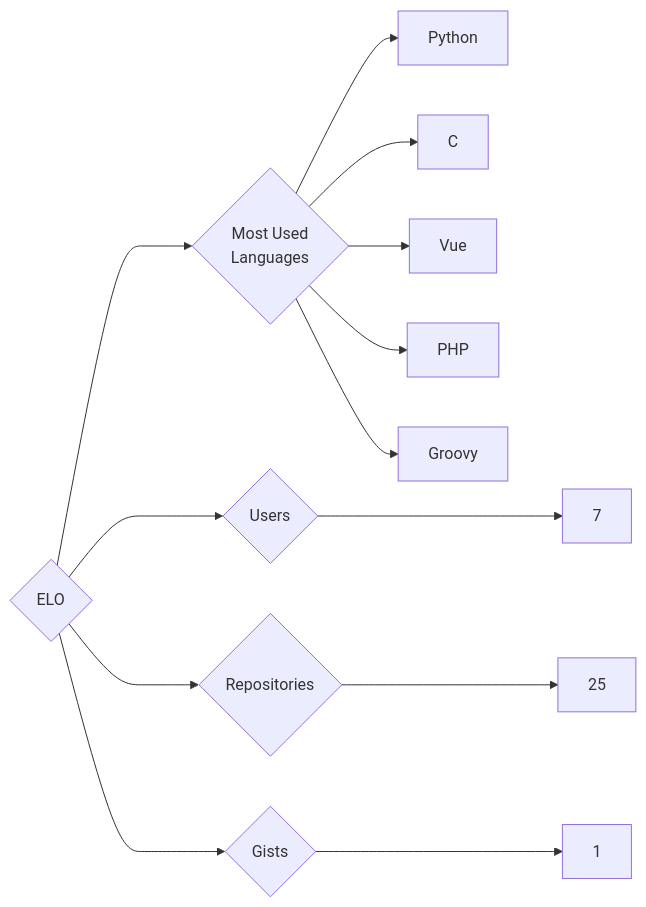
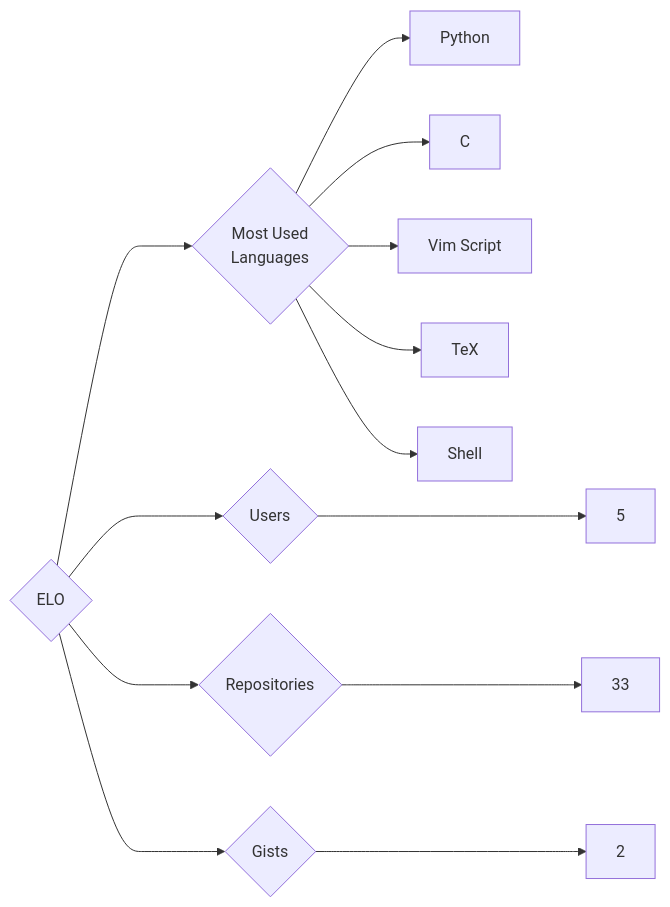
Before and after one commit to trickest/insiders: the diagram in targets/ELO/README.md, drawn with Mermaid. The commit also changed 1078 other files, not shown here.

````diff
--- a/targets/ELO/README.md
+++ b/targets/ELO/README.md
@@ -3,13 +3,13 @@
 ```mermaid
 graph LR
 COMPANY_NAME{ELO}
-COMPANY_NAME ---> U{Users} ---> UN[7]
-COMPANY_NAME ---> R{Repositories} ---> RN[25]
-COMPANY_NAME ---> G{Gists} ---> GN[1]
+COMPANY_NAME ---> U{Users} ---> UN[5]
+COMPANY_NAME ---> R{Repositories} ---> RN[33]
+COMPANY_NAME ---> G{Gists} ---> GN[2]
 COMPANY_NAME ---> ML{Most Used<br>Languages}
 ML --> Python[Python]
 ML --> C[C]
-ML --> Vue[Vue]
-ML --> PHP[PHP]
-ML --> Groovy[Groovy]
+ML --> Vim_Script[Vim Script]
+ML --> TeX[TeX]
+ML --> Shell[Shell]
 ```
````
